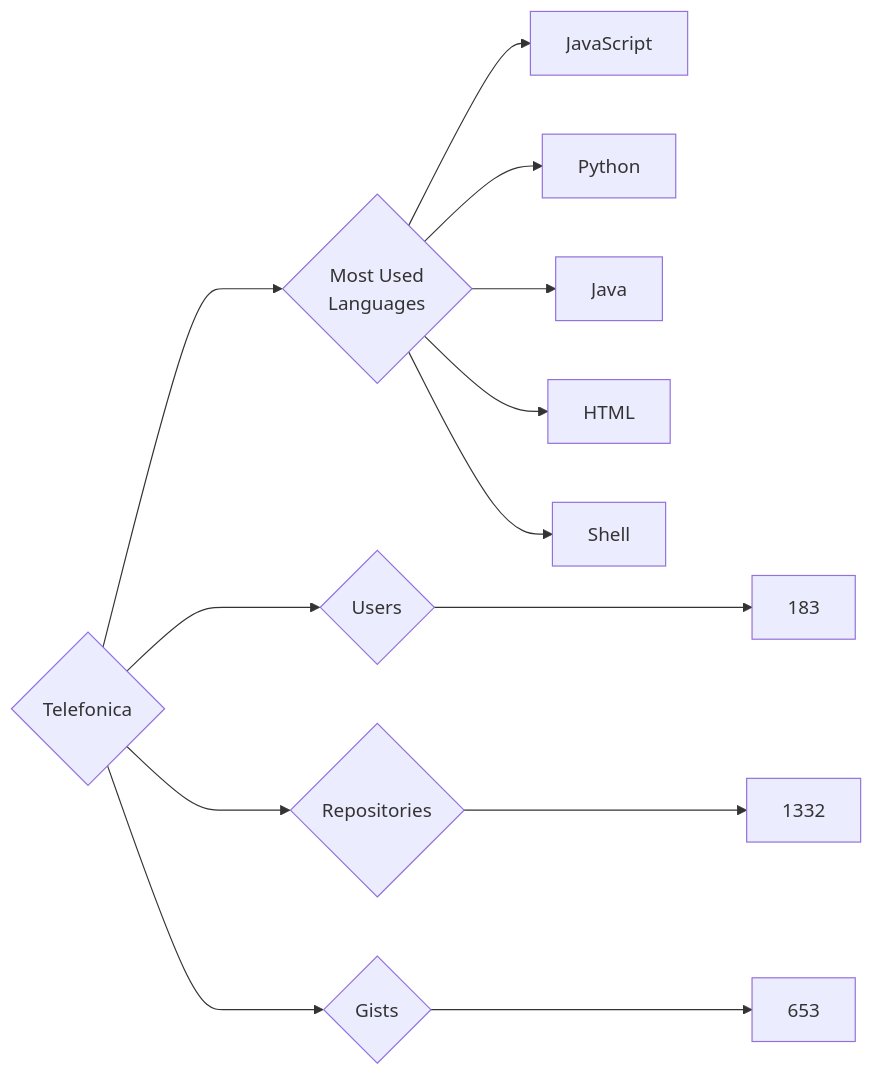
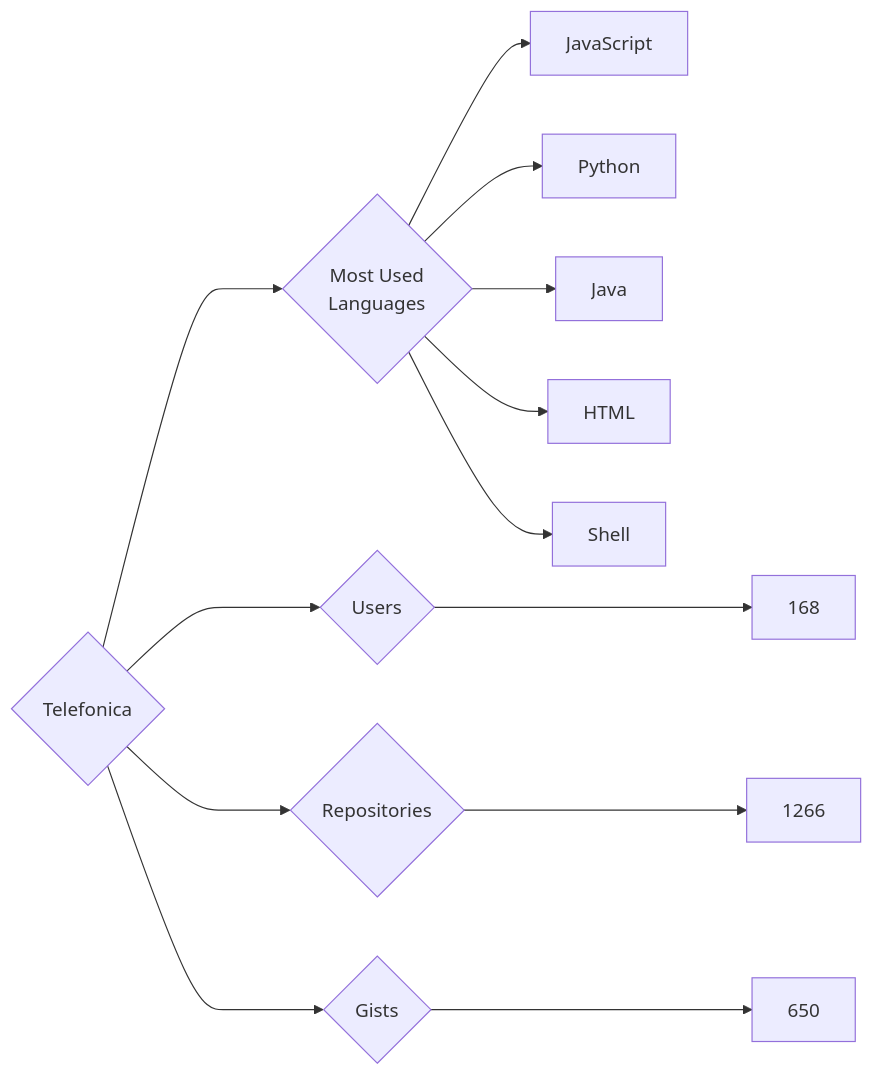
The diagram in targets/Telefonica/README.md (trickest/insiders), drawn with Mermaid before and after one commit. The commit also changed 799 other files, not shown here.

````diff
--- a/targets/Telefonica/README.md
+++ b/targets/Telefonica/README.md
@@ -3,13 +3,13 @@
 ```mermaid
 graph LR
 COMPANY_NAME{Telefonica}
-COMPANY_NAME ---> U{Users} ---> UN[183]
-COMPANY_NAME ---> R{Repositories} ---> RN[1332]
-COMPANY_NAME ---> G{Gists} ---> GN[653]
+COMPANY_NAME ---> U{Users} ---> UN[168]
+COMPANY_NAME ---> R{Repositories} ---> RN[1266]
+COMPANY_NAME ---> G{Gists} ---> GN[650]
 COMPANY_NAME ---> ML{Most Used<br>Languages}
 ML --> JavaScript[JavaScript]
 ML --> Python[Python]
 ML --> Java[Java]
 ML --> HTML[HTML]
 ML --> Shell[Shell]
 ```
````
